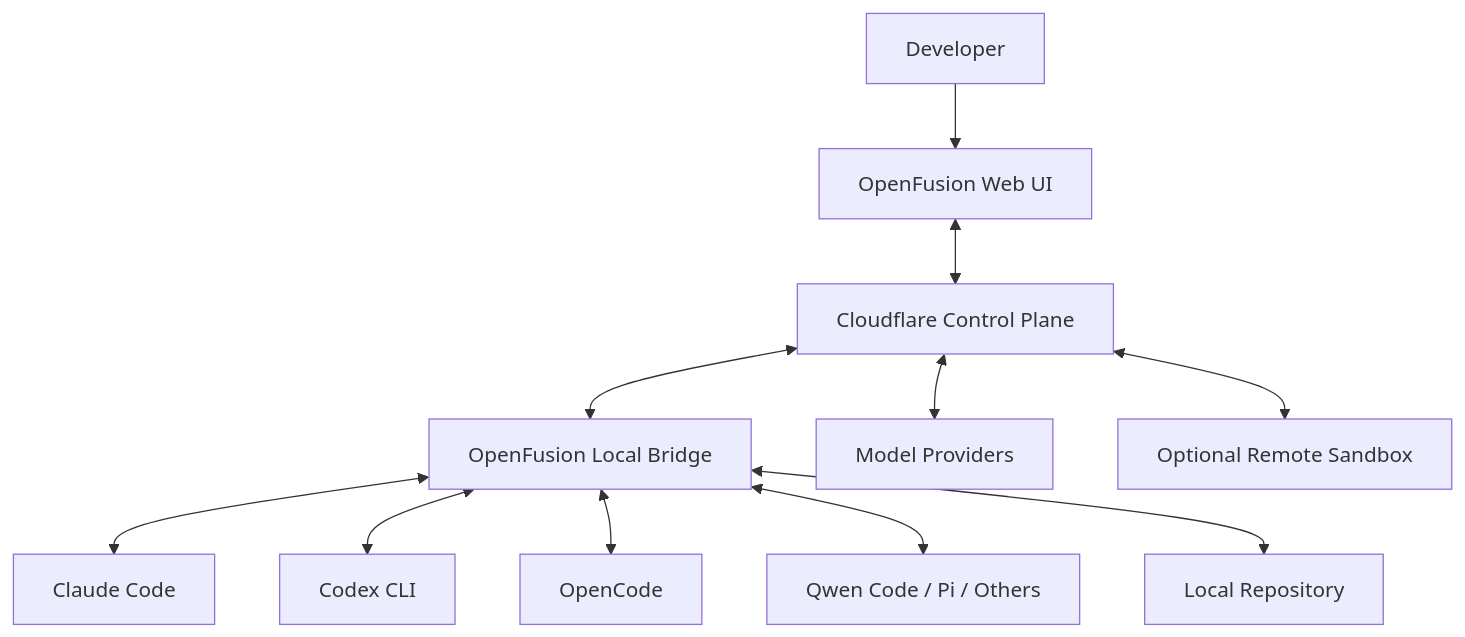
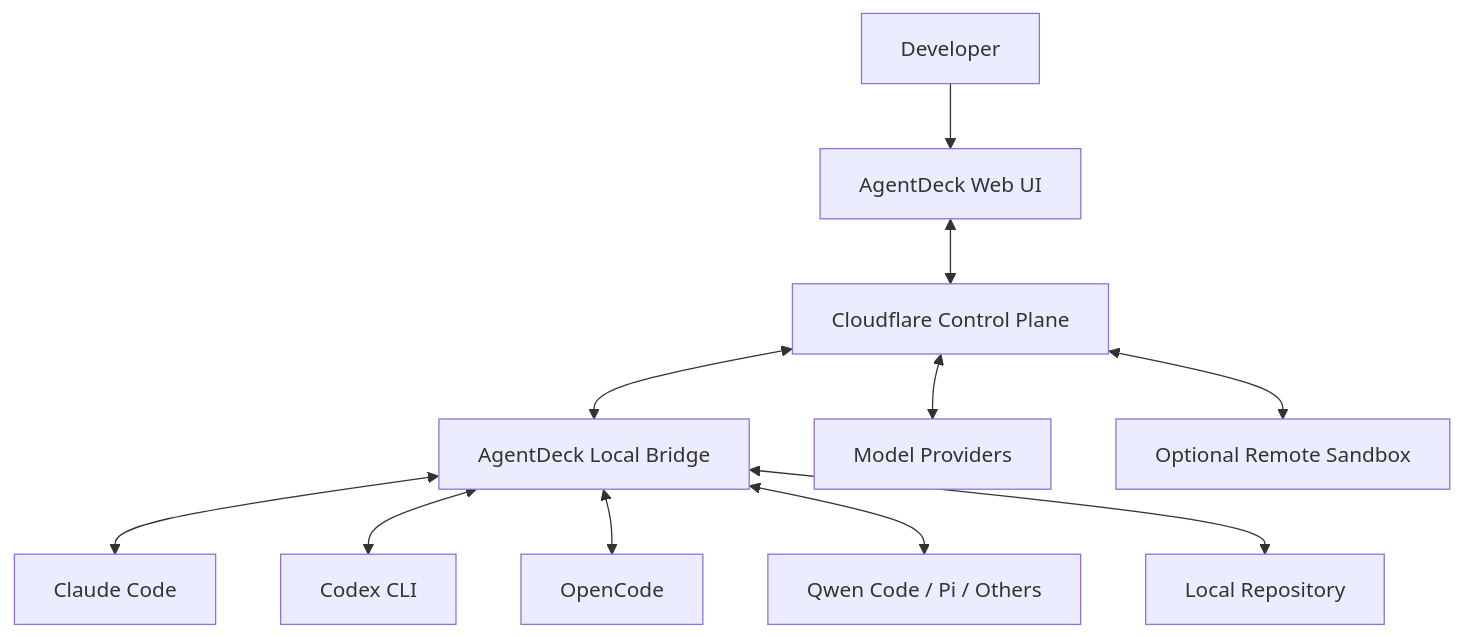
The second of 11 diagrams in Docs/IMPLEMENTATION_GUIDE_WITHOUT_I.md (itsVijayCoder/agentDeck), drawn with Mermaid before and after one commit. The commit also changed other lines of this file and 86 other files, not shown here.

First line of the commit message:
refactor: rename project from openfusion to AgentDeck

````diff
--- a/Docs/IMPLEMENTATION_GUIDE_WITHOUT_I.md
+++ b/Docs/IMPLEMENTATION_GUIDE_WITHOUT_I.md
@@ -254,25 +254,25 @@
 ```mermaid
 flowchart TB
   Dev[Developer]
-  Browser[OpenFusion Web UI]
+  Browser[AgentDeck Web UI]
   CF[Cloudflare Control Plane]
-  Bridge[OpenFusion Local Bridge]
+  Bridge[AgentDeck Local Bridge]
   Agent1[Claude Code]
   Agent2[Codex CLI]
   Agent3[OpenCode]
   Agent4[Qwen Code / Pi / Others]
   Repo[Local Repository]
   Providers[Model Providers]
   Sandbox[Optional Remote Sandbox]
 
   Dev --> Browser
   Browser <--> CF
   CF <--> Bridge
   Bridge <--> Agent1
   Bridge <--> Agent2
   Bridge <--> Agent3
   Bridge <--> Agent4
   Bridge <--> Repo
   CF <--> Providers
   CF <--> Sandbox
 ```
````
